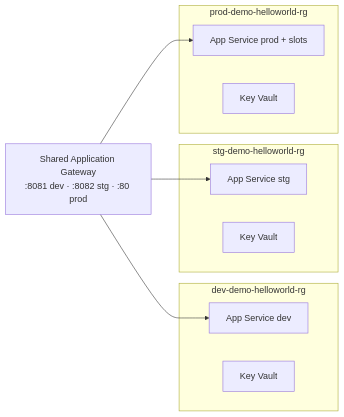
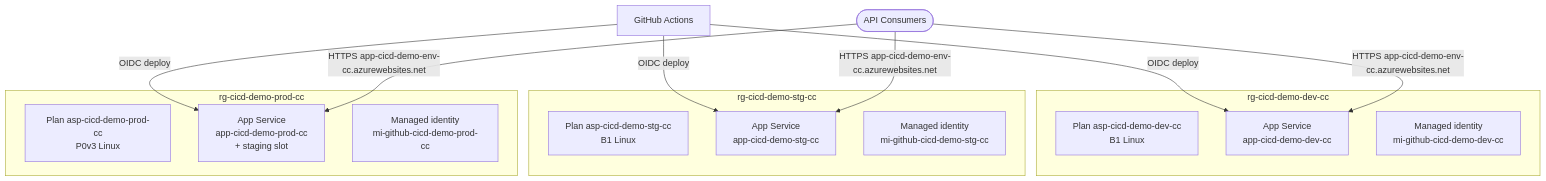
Before and after one commit to avlon-technologies/template-azure-cicd: the second of 2 diagrams in docs/c2-containers/README.md, drawn with Mermaid. The commit also changed other lines of this file and 7 other files, not shown here.

````diff
--- a/docs/c2-containers/README.md
+++ b/docs/c2-containers/README.md
@@ -79,17 +75,22 @@
 ```mermaid
-graph LR
-    subgraph dev-rg [dev-demo-helloworld-rg]
-        d[App Service dev]
-        dkv[Key Vault]
+graph TB
+    gha[GitHub Actions]
+    users([API Consumers])
+    subgraph dev-rg [rg-cicd-demo-dev-cc]
+        dplan[Plan asp-cicd-demo-dev-cc<br/>B1 Linux]
+        d[App Service<br/>app-cicd-demo-dev-cc]
+        dmi[Managed identity<br/>mi-github-cicd-demo-dev-cc]
     end
-    subgraph stg-rg [stg-demo-helloworld-rg]
-        s[App Service stg]
-        skv[Key Vault]
+    subgraph stg-rg [rg-cicd-demo-stg-cc]
+        splan[Plan asp-cicd-demo-stg-cc<br/>B1 Linux]
+        s[App Service<br/>app-cicd-demo-stg-cc]
+        smi[Managed identity<br/>mi-github-cicd-demo-stg-cc]
     end
-    subgraph prod-rg [prod-demo-helloworld-rg]
-        p[App Service prod + slots]
-        pkv[Key Vault]
+    subgraph prod-rg [rg-cicd-demo-prod-cc]
+        pplan[Plan asp-cicd-demo-prod-cc<br/>P0v3 Linux]
+        p[App Service<br/>app-cicd-demo-prod-cc<br/>+ staging slot]
+        pmi[Managed identity<br/>mi-github-cicd-demo-prod-cc]
     end
-    agw[Shared Application Gateway<br/>:8081 dev · :8082 stg · :80 prod]
-    agw --> d & s & p
+    gha -->|OIDC deploy| d & s & p
+    users -->|HTTPS app-cicd-demo-env-cc.azurewebsites.net| d & s & p
 ```
````
